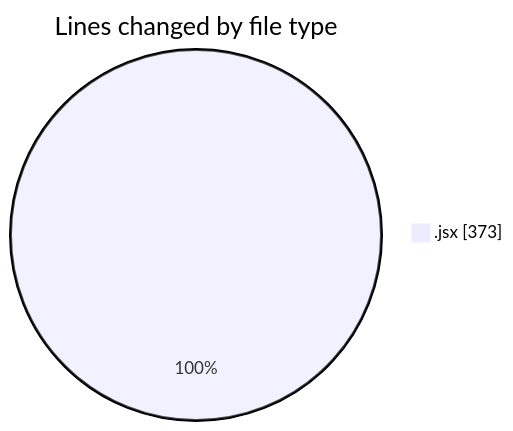
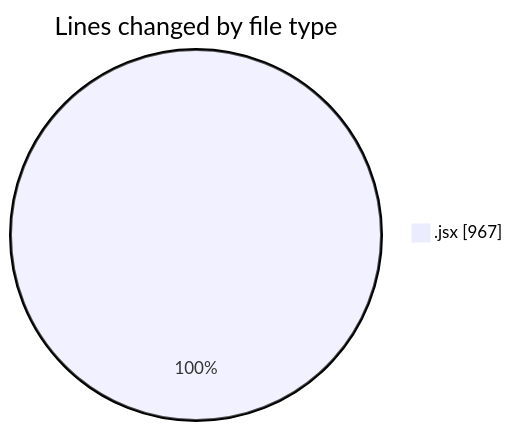
The first of 2 diagrams in 2025-11-20/nxtqube_webapp/README.md (nxtqubesakshisongat/code-tracking), drawn with Mermaid before and after one commit. The commit also changed other lines of this file and 1 other file, not shown here.

````diff
--- a/2025-11-20/nxtqube_webapp/README.md
+++ b/2025-11-20/nxtqube_webapp/README.md
@@ -20,5 +21,5 @@
 ```mermaid
 pie showData
 title Lines changed by file type
-".jsx" : 373
+".jsx" : 967
 ```
````
